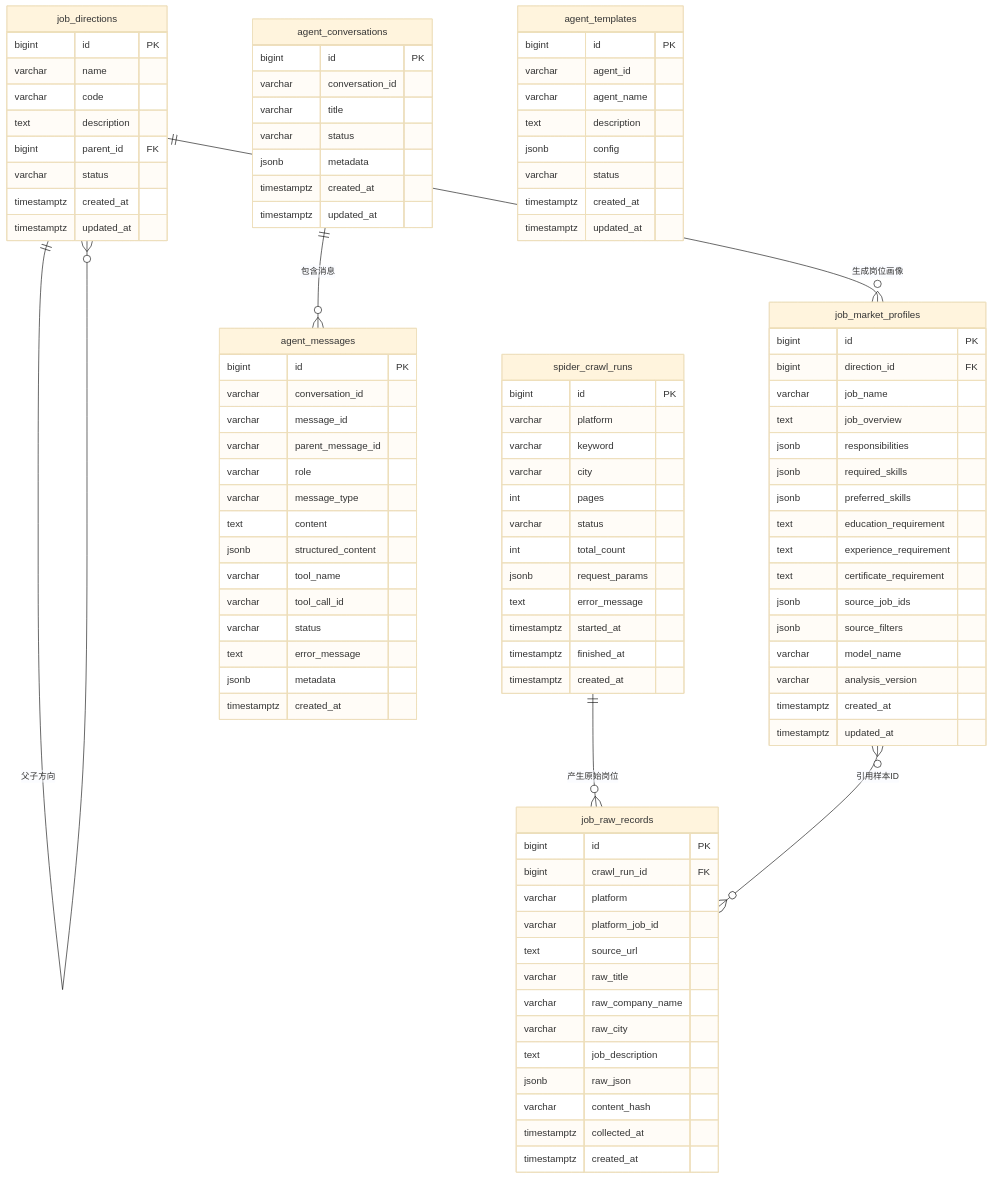
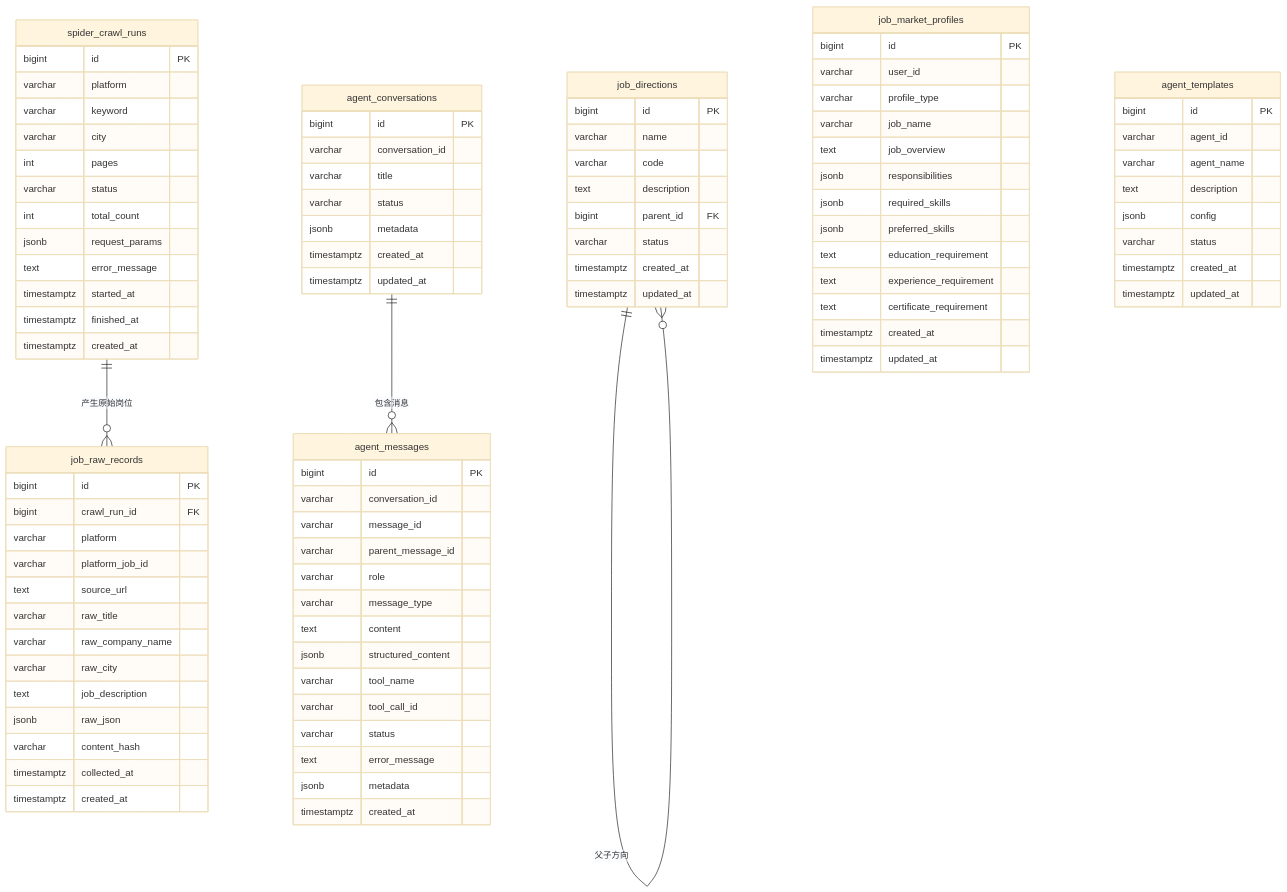
The diagram in docs/ERD-数据库设计.md (Auhyuan/CareerOS), drawn with Mermaid (base theme) before and after one commit. The commit also changed other lines of this file and 20 other files, not shown here.

```diff
--- a/docs/ERD-数据库设计.md
+++ b/docs/ERD-数据库设计.md
@@ -17,8 +17,6 @@
 erDiagram
     spider_crawl_runs ||--o{ job_raw_records : "产生原始岗位"
     job_directions ||--o{ job_directions : "父子方向"
-    job_directions ||--o{ job_market_profiles : "生成岗位画像"
-    job_market_profiles }o--o{ job_raw_records : "引用样本ID"
     agent_conversations ||--o{ agent_messages : "包含消息"
 
     spider_crawl_runs {
@@ -65,7 +63,8 @@
 
     job_market_profiles {
         bigint id PK
-        bigint direction_id FK
+        varchar user_id
+        varchar profile_type
         varchar job_name
         text job_overview
         jsonb responsibilities
@@ -74,10 +73,6 @@
         text education_requirement
         text experience_requirement
         text certificate_requirement
-        jsonb source_job_ids
-        jsonb source_filters
-        varchar model_name
-        varchar analysis_version
         timestamptz created_at
         timestamptz updated_at
     }
```
